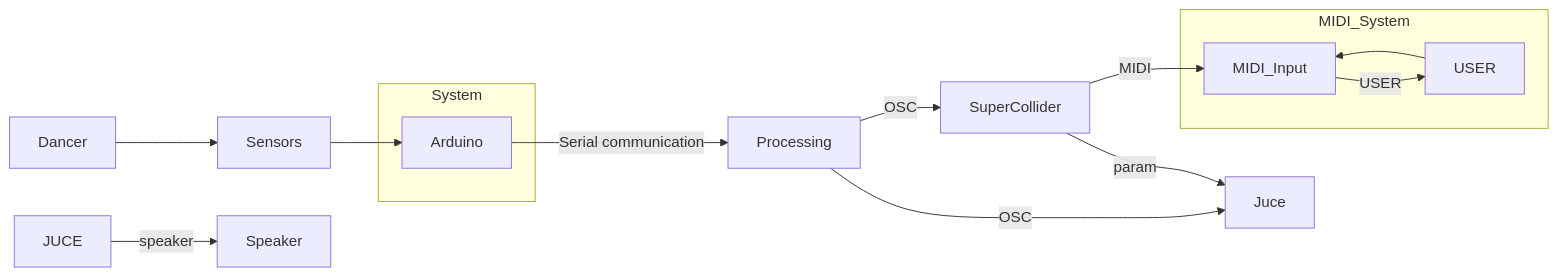
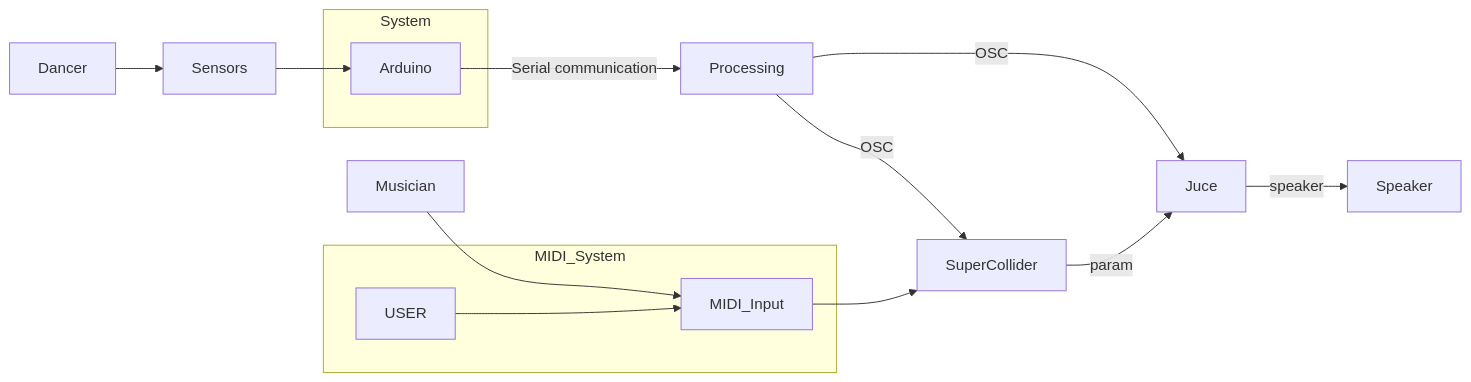
The first of 2 diagrams in README.md (GiulianoDiLorenzo/Jacob-SuperCollier), drawn with Mermaid before and after one commit.

````diff
--- a/README.md
+++ b/README.md
@@ -6,23 +6,23 @@
 ```mermaid
 graph LR
     Dancer --> Sensors
     Sensors -->Arduino
     Arduino -->|Serial communication| Processing
     
     Processing -->|OSC| SuperCollider
     Processing -->|OSC| Juce
-
+    
+    Musician --> MIDI_Input
+    MIDI_Input --> SuperCollider
     SuperCollider -->|param| Juce
-    SuperCollider -->|MIDI| MIDI_Input
-    MIDI_Input -->|USER| USER
     
-    JUCE -->|speaker| Speaker
+    Juce -->|speaker| Speaker
 
     subgraph System
         Arduino
     end
     
     subgraph MIDI_System
         USER --> MIDI_Input
     end
 ```
````
